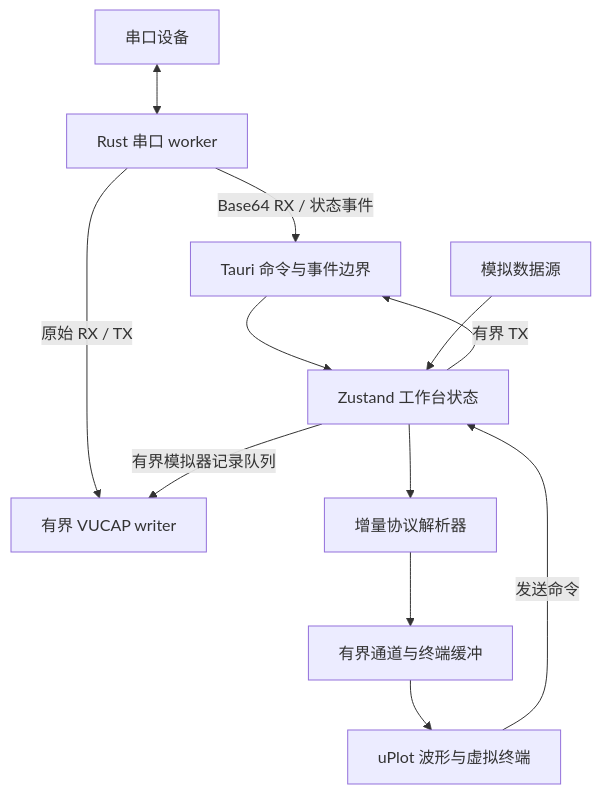
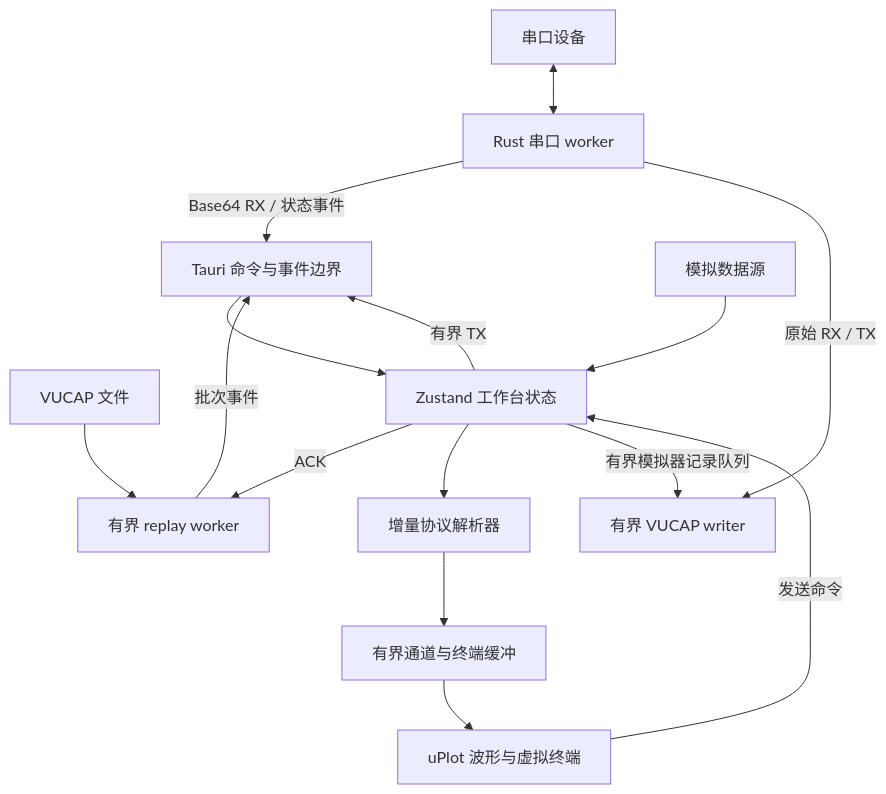
The first of 2 diagrams in docs/architecture.md (woai66/Vofa-Ultra), drawn with Mermaid before and after one commit. The commit also changed other lines of this file and 23 other files, not shown here.

Commit message:
feat: add streaming capture replay

````diff
--- a/docs/architecture.md
+++ b/docs/architecture.md
@@ -8,14 +8,17 @@
 ```mermaid
 flowchart TB
     Device[串口设备] <--> Worker[Rust 串口 worker]
     Worker -->|Base64 RX / 状态事件| Bridge[Tauri 命令与事件边界]
     Worker -->|原始 RX / TX| Recorder[有界 VUCAP writer]
+    CaptureFile[VUCAP 文件] --> Replayer[有界 replay worker]
+    Replayer -->|批次事件| Bridge
+    Store -->|ACK| Replayer
     Bridge --> Store[Zustand 工作台状态]
     Store --> Parsers[增量协议解析器]
     Parsers --> Buffers[有界通道与终端缓冲]
     Buffers --> Views[uPlot 波形与虚拟终端]
     Simulator[模拟数据源] --> Store
     Store -->|有界模拟器记录队列| Recorder
     Views -->|发送命令| Store
     Store -->|有界 TX| Bridge
 ```
````
